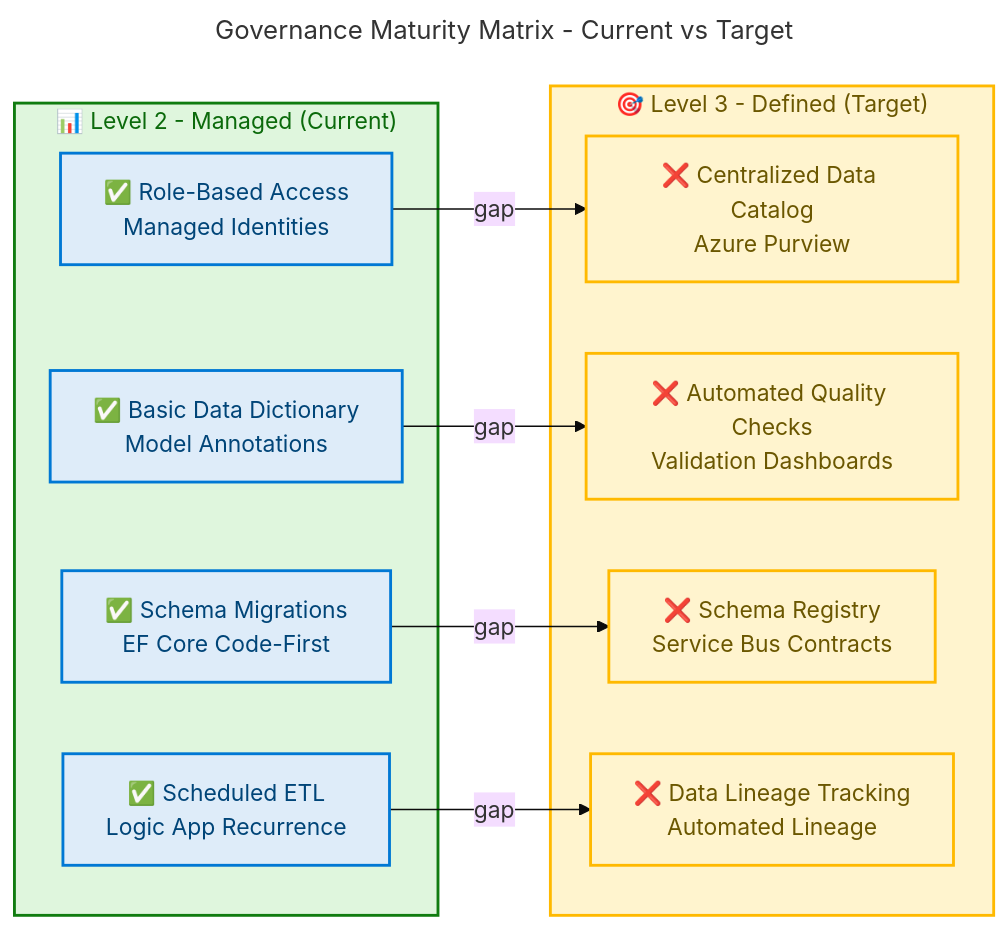
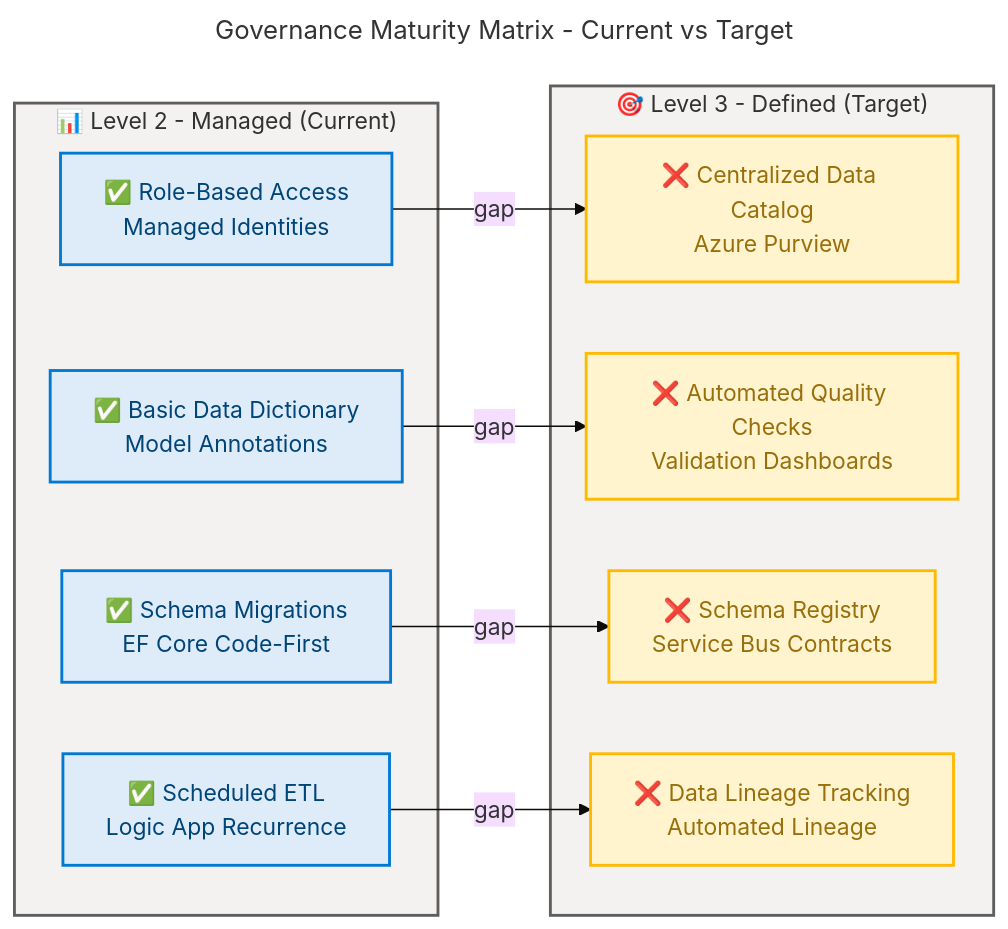
The seventh of 13 diagrams in docs/architecture/data-architecture.md (Evilazaro/Azure-LogicApps-Monitoring), drawn with Mermaid before and after one commit. The commit also changed other lines of this file, not shown here.

Commit message:
Refactor styling in data architecture diagrams for improved visual consistency and clarity

````diff
--- a/docs/architecture/data-architecture.md
+++ b/docs/architecture/data-architecture.md
@@ -570,44 +570,44 @@
 ```mermaid
 ---
 title: Governance Maturity Matrix - Current vs Target
 config:
   theme: base
   look: classic
   layout: dagre
   themeVariables:
     fontSize: '16px'
   flowchart:
     htmlLabels: true
 ---
 flowchart LR
     accTitle: Governance Maturity Matrix
     accDescr: Shows current Level 2 governance maturity compared to target Level 3 across key governance dimensions
 
     %% ═══════════════════════════════════════════════════════════════════════════
     %% AZURE / FLUENT ARCHITECTURE PATTERN v1.1
     %% ═══════════════════════════════════════════════════════════════════════════
 
     subgraph CURRENT ["📊 Level 2 - Managed (Current)"]
         C1["✅ Schema Migrations<br/>EF Core Code-First"]:::core
         C2["✅ Role-Based Access<br/>Managed Identities"]:::core
         C3["✅ Basic Data Dictionary<br/>Model Annotations"]:::core
         C4["✅ Scheduled ETL<br/>Logic App Recurrence"]:::core
     end
-    style CURRENT fill:#DFF6DD,stroke:#107C10,stroke-width:2px,color:#0B6A0B
+    style CURRENT fill:#F3F2F1,stroke:#605E5C,stroke-width:2px,color:#323130
 
     subgraph TARGET ["🎯 Level 3 - Defined (Target)"]
         T1["❌ Centralized Data Catalog<br/>Azure Purview"]:::workflow
         T2["❌ Automated Quality Checks<br/>Validation Dashboards"]:::workflow
         T3["❌ Schema Registry<br/>Service Bus Contracts"]:::workflow
         T4["❌ Data Lineage Tracking<br/>Automated Lineage"]:::workflow
     end
-    style TARGET fill:#FFF4CE,stroke:#FFB900,stroke-width:2px,color:#6B5700
+    style TARGET fill:#F3F2F1,stroke:#605E5C,stroke-width:2px,color:#323130
 
     C1 -->|"gap"| T3
     C2 -->|"gap"| T1
     C3 -->|"gap"| T2
     C4 -->|"gap"| T4
 
     classDef core fill:#DEECF9,stroke:#0078D4,stroke-width:2px,color:#004578
-    classDef workflow fill:#FFF4CE,stroke:#FFB900,stroke-width:2px,color:#6B5700
+    classDef workflow fill:#FFF4CE,stroke:#FFB900,stroke-width:2px,color:#986F0B
 ```
````
